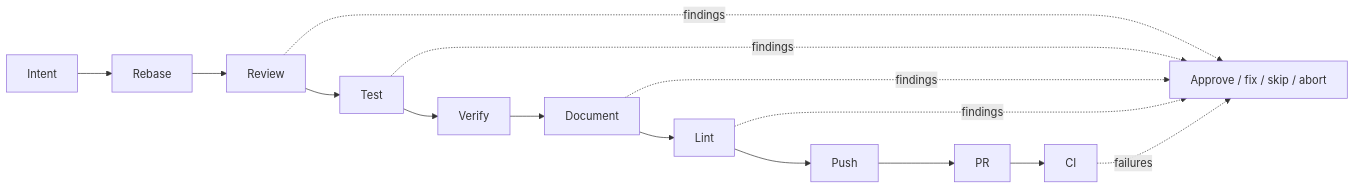
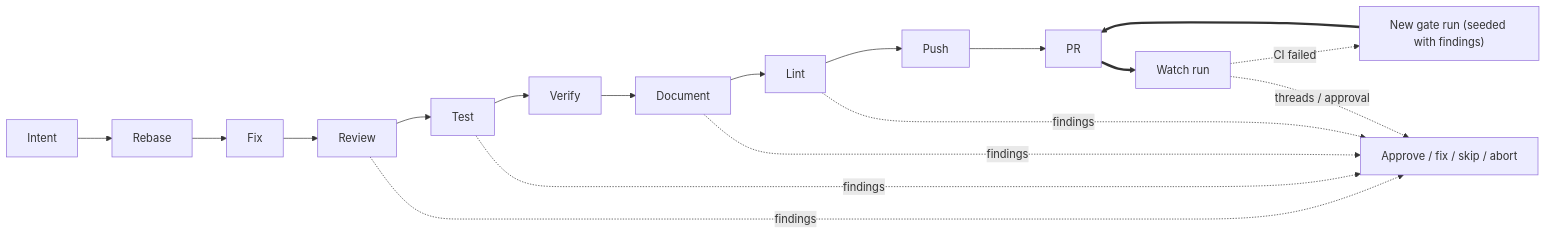
Before and after one commit to haozhenfei/no-mistakes: the diagram in docs/src/content/docs/concepts/pipeline.md, drawn with Mermaid. The commit also changed other lines of this file and 54 other files, not shown here.

````diff
--- a/docs/src/content/docs/concepts/pipeline.md
+++ b/docs/src/content/docs/concepts/pipeline.md
@@ -12,9 +15,12 @@
 ```mermaid
 flowchart LR
-  intent["Intent"] --> rebase["Rebase"] --> review["Review"] --> test["Test"] --> verify["Verify"] --> document["Document"] --> lint["Lint"] --> push["Push"] --> pr["PR"] --> ci["CI"]
+  intent["Intent"] --> rebase["Rebase"] --> fix["Fix"] --> review["Review"] --> test["Test"] --> verify["Verify"] --> document["Document"] --> lint["Lint"] --> push["Push"] --> pr["PR"]
+  pr ==> watch["Watch run"]
   review -. findings .-> action["Approve / fix / skip / abort"]
   test -. findings .-> action
   document -. findings .-> action
   lint -. findings .-> action
-  ci -. failures .-> action
+  watch -. "CI failed" .-> gate2["New gate run (seeded with findings)"]
+  watch -. "threads / approval" .-> action
+  gate2 ==> pr
 ```
````
